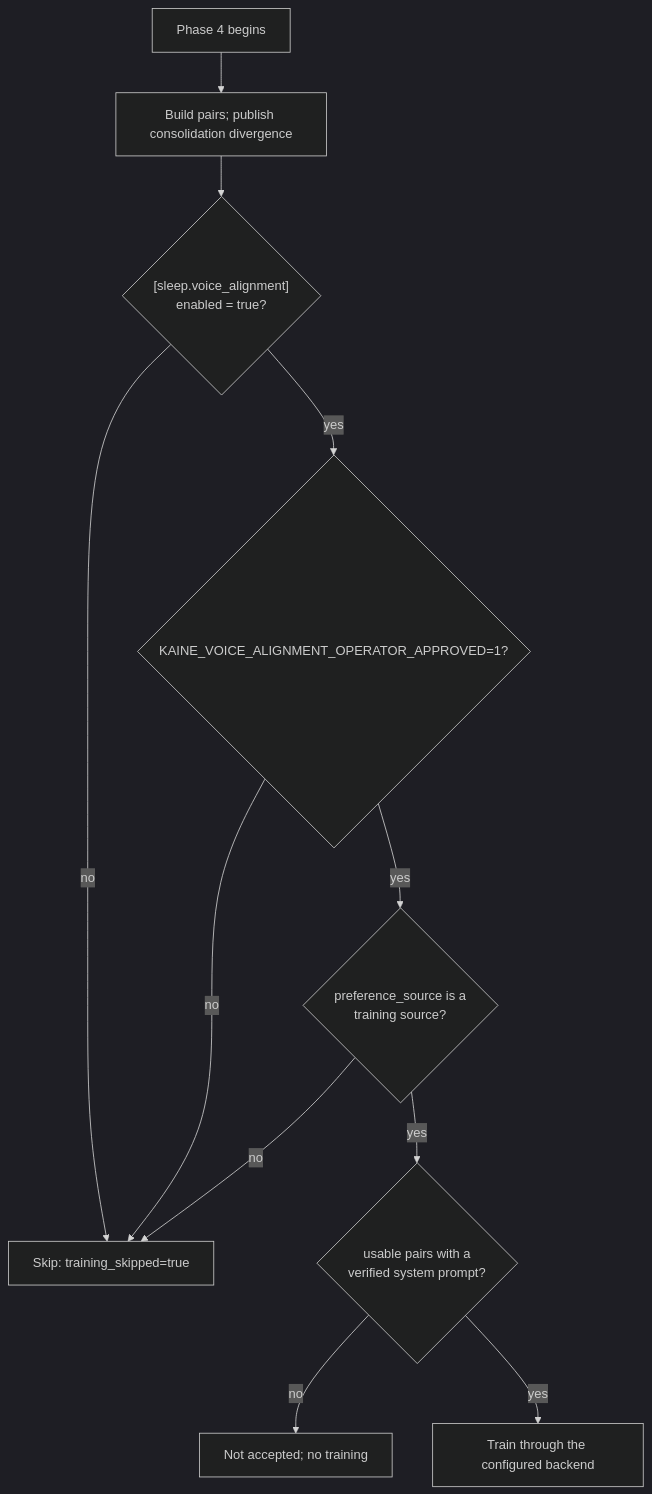
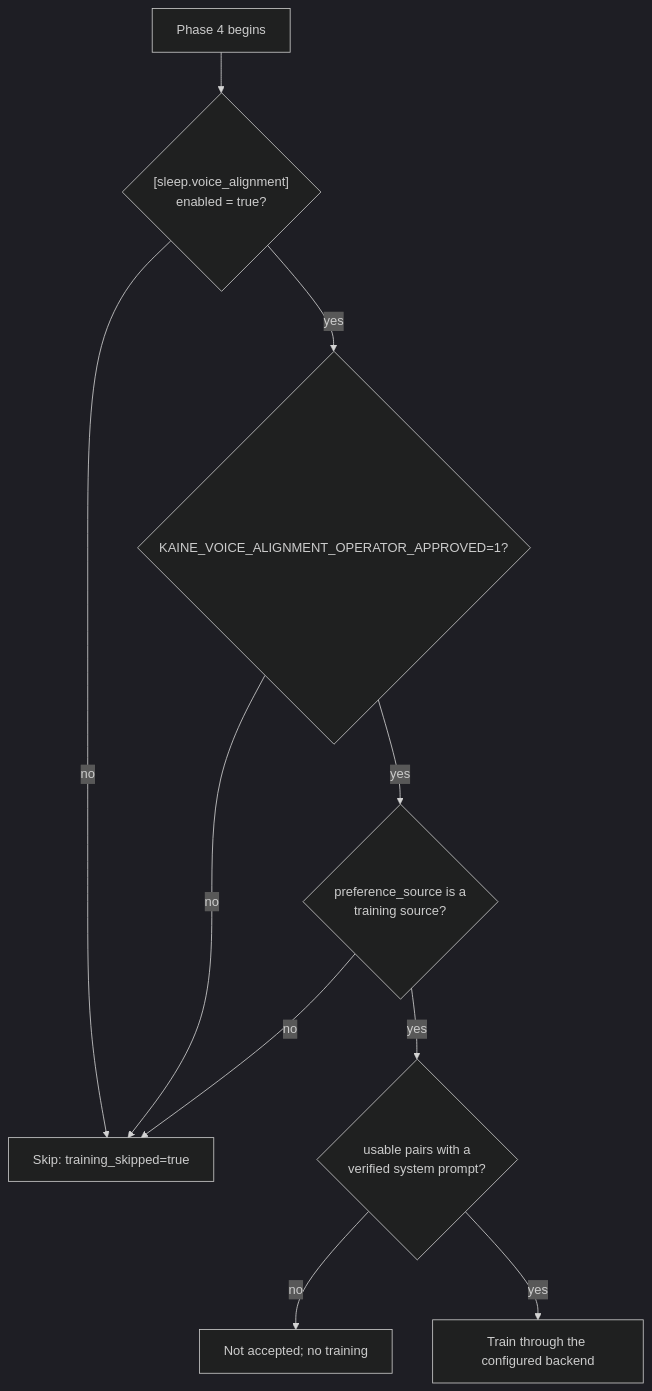
One commit to kaineone/kaine changed the first of 2 diagrams in docs/10-sleep/voice-alignment.md. Above: the diagram before and after it, drawn with Mermaid (dark theme). The commit also changed other lines of this file and 40 other files, not shown here.

First line of the commit message:
voice-adaptation-idle: no preference pairs and no organ-level divergence without a validated source

````diff
--- a/docs/10-sleep/voice-alignment.md
+++ b/docs/10-sleep/voice-alignment.md
@@ -22,13 +19,12 @@
 ```mermaid
 flowchart TD
-    A[Phase 4 begins] --> M[Build pairs; publish consolidation divergence]
-    M --> B{"[sleep.voice_alignment]\nenabled = true?"}
+    A[Phase 4 begins] --> B{"[sleep.voice_alignment]\nenabled = true?"}
     B -- no --> C["Skip: training_skipped=true"]
     B -- yes --> D{"KAINE_VOICE_ALIGNMENT_OPERATOR_APPROVED=1?"}
     D -- no --> C
     D -- yes --> P{"preference_source is a\ntraining source?"}
     P -- no --> C
     P -- yes --> Q{"usable pairs with a\nverified system prompt?"}
     Q -- no --> N["Not accepted; no training"]
     Q -- yes --> G[Train through the configured backend]
 ```
````
